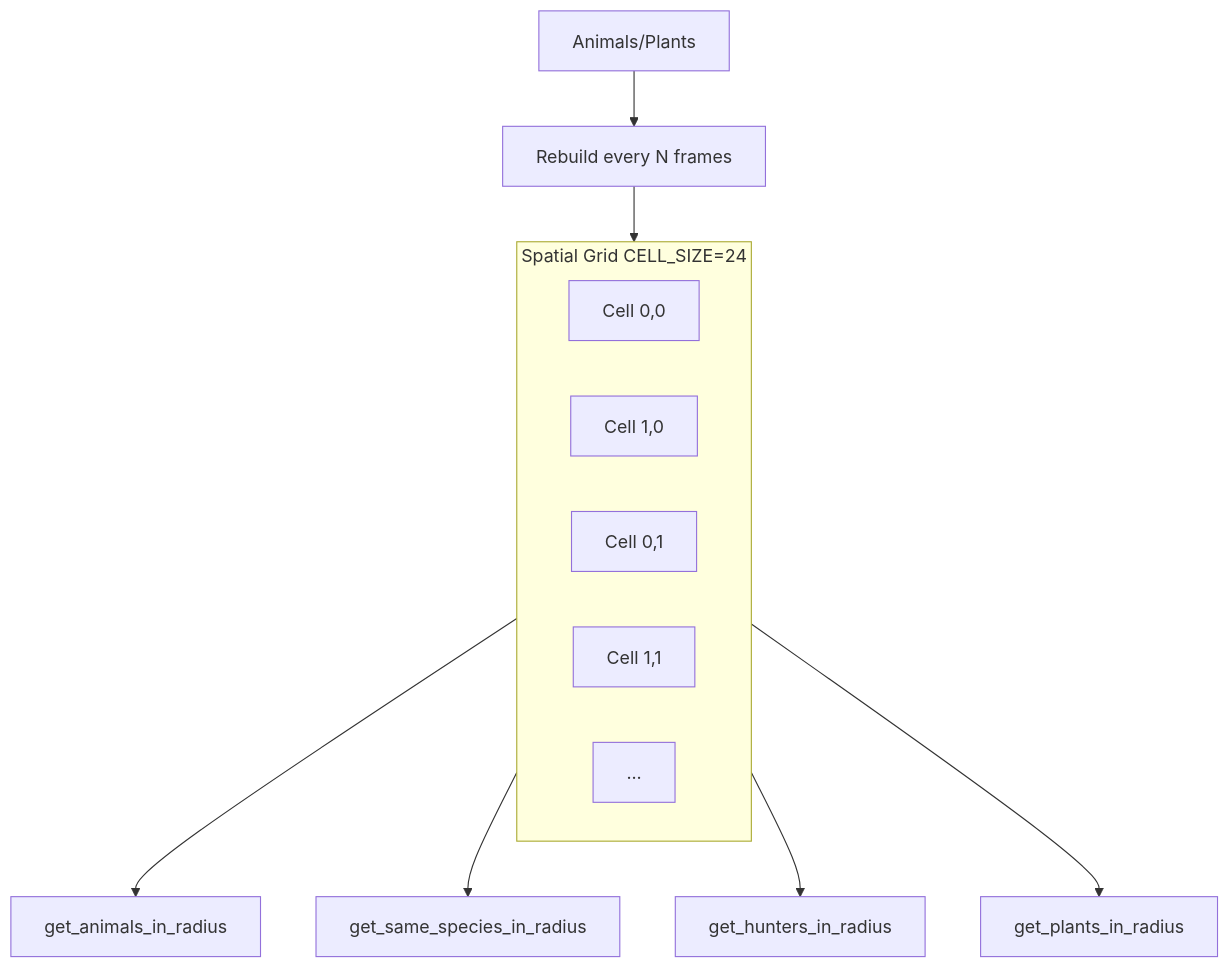
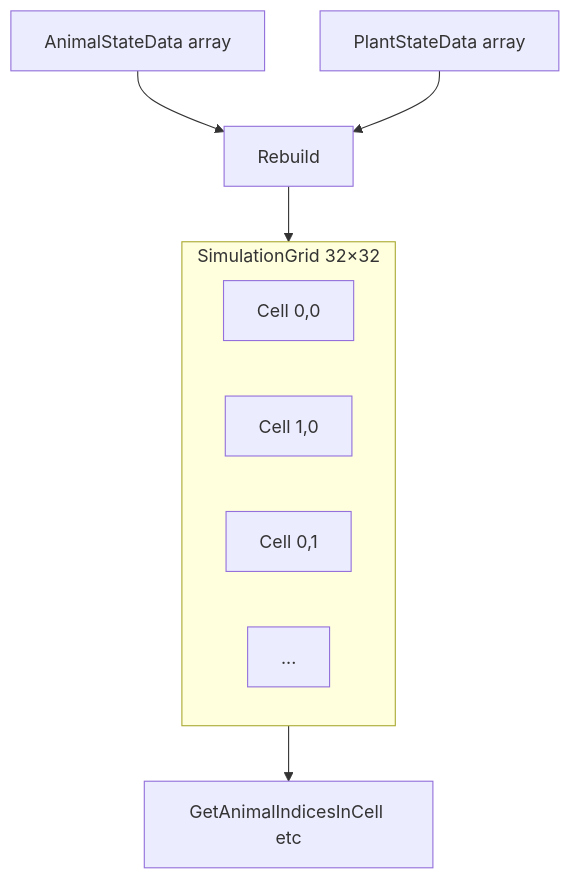
Before and after one commit to StevenGann/BiologyGame: the third of 5 diagrams in docs/simulation.md, drawn with Mermaid. The commit also changed other lines of this file and 12 other files, not shown here.

````diff
--- a/docs/simulation.md
+++ b/docs/simulation.md
@@ -45,17 +49,16 @@
 ```mermaid
 flowchart TB
-    subgraph Grid[Spatial Grid CELL_SIZE=24]
-        C1[Cell 0,0]
-        C2[Cell 1,0]
-        C3[Cell 0,1]
-        C4[Cell 1,1]
-        C5[...]
+    subgraph Grid[SimulationGrid 32×32]
+        C00[Cell 0,0]
+        C10[Cell 1,0]
+        C01[Cell 0,1]
+        Cnn["..."]
     end
-    
-    Animals[Animals/Plants] --> Rebuild[Rebuild every N frames]
+
+    Animals[AnimalStateData array]
+    Plants[PlantStateData array]
+    Animals --> Rebuild[Rebuild]
+    Plants --> Rebuild
     Rebuild --> Grid
-    Grid --> get_animals_in_radius
-    Grid --> get_same_species_in_radius
-    Grid --> get_hunters_in_radius
-    Grid --> get_plants_in_radius
+    Grid --> NeighborQueries[GetAnimalIndicesInCell etc]
 ```
````
